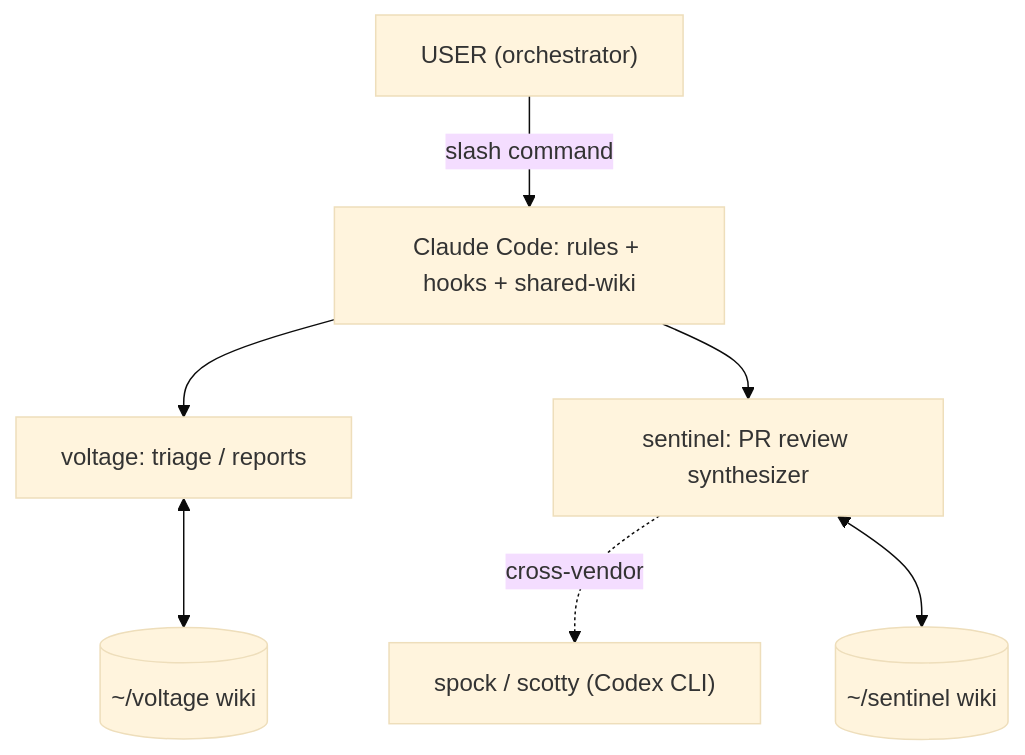
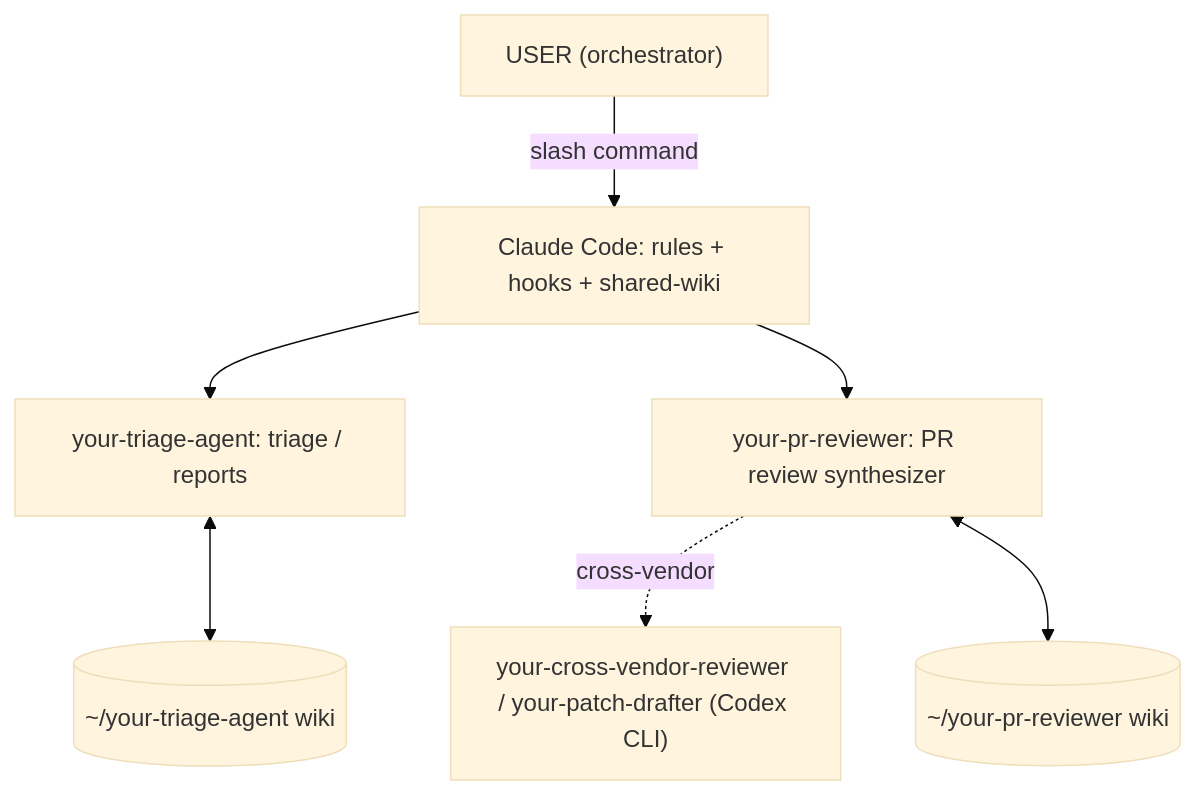
Before and after one commit to agent-rails/agentic-fabric: the diagram in README.md, drawn with Mermaid (base theme). The commit also changed other lines of this file, not shown here.

First line of the commit message:
fix(readme): restore placeholder agent names in README (#8)

````diff
--- a/README.md
+++ b/README.md
@@ -24,11 +24,11 @@
 ```mermaid
 flowchart TD
     user["USER (orchestrator)"]
     harness["Claude Code: rules + hooks + shared-wiki"]
     user -->|slash command| harness
-    harness --> voltage["voltage: triage / reports"]
-    harness --> sentinel["sentinel: PR review synthesizer"]
-    sentinel -.cross-vendor.-> spock["spock / scotty (Codex CLI)"]
-    voltage <--> vwiki[("~/voltage wiki")]
-    sentinel <--> swiki[("~/sentinel wiki")]
+    harness --> your-triage-agent["your-triage-agent: triage / reports"]
+    harness --> your-pr-reviewer["your-pr-reviewer: PR review synthesizer"]
+    your-pr-reviewer -.cross-vendor.-> your-cross-vendor-reviewer["your-cross-vendor-reviewer / your-patch-drafter (Codex CLI)"]
+    your-triage-agent <--> vwiki[("~/your-triage-agent wiki")]
+    your-pr-reviewer <--> swiki[("~/your-pr-reviewer wiki")]
 ```
````
